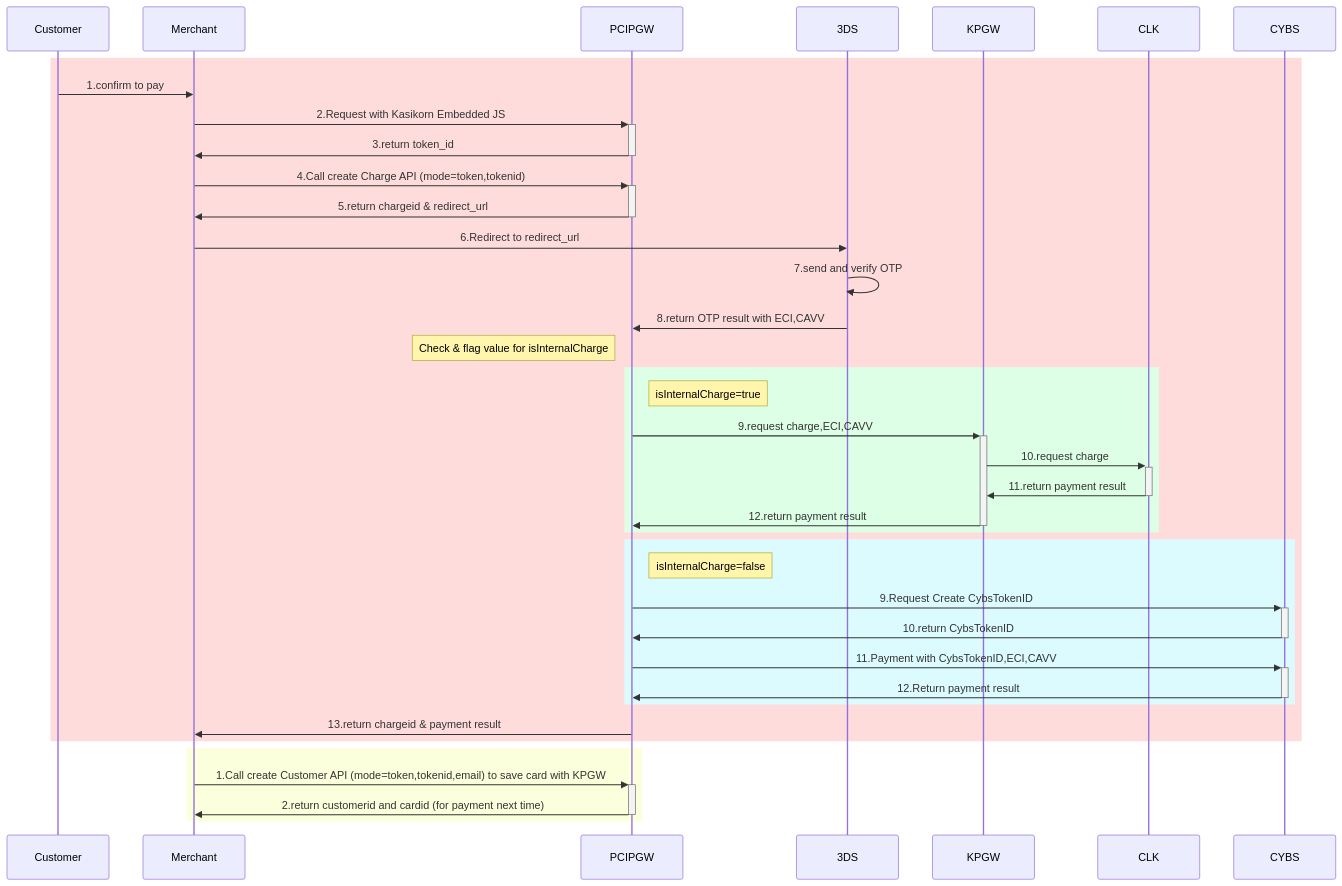
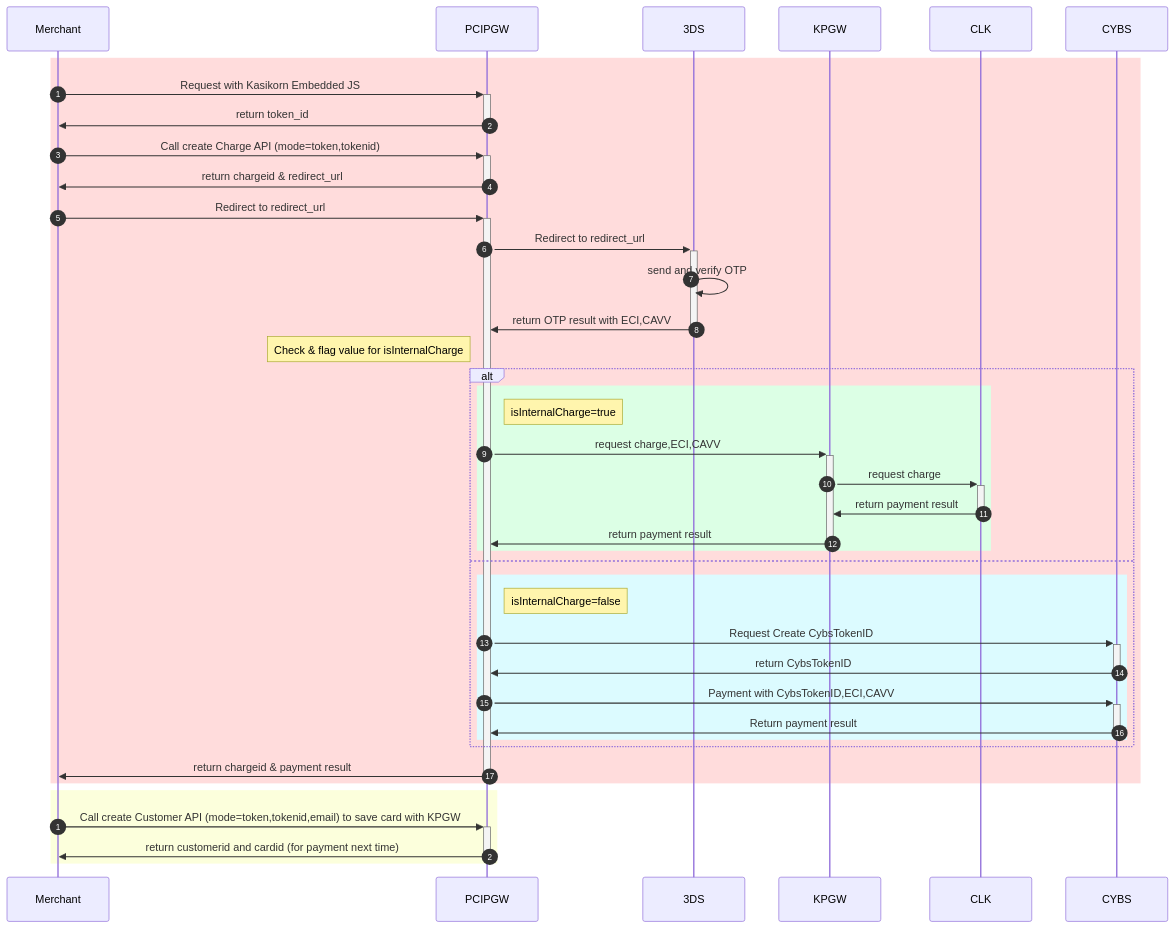
One commit to yuusuke25/MyNotes changed the second of 6 diagrams in Cybs-Ph2-Flow1.md. Above: the diagram before and after it, drawn with Mermaid. The commit also changed other lines of this file, not shown here.

````diff
--- a/Cybs-Ph2-Flow1.md
+++ b/Cybs-Ph2-Flow1.md
@@ -35,40 +37,42 @@
 ```mermaid
     sequenceDiagram
+        autonumber 1
         rect rgb(255, 220, 220)
-            Customer->>Merchant:1.confirm to pay
-            Merchant->>+PCIPGW:2.Request with Kasikorn Embedded JS
-            PCIPGW->>-Merchant:3.return token_id
-            Merchant->>+PCIPGW:4.Call create Charge API (mode=token,tokenid)
-            PCIPGW->>-Merchant:5.return chargeid & redirect_url
+            %% Customer->>Merchant:confirm to pay
+            Merchant->>+PCIPGW:Request with Kasikorn Embedded JS
+            PCIPGW->>-Merchant:return token_id
+            Merchant->>+PCIPGW:Call create Charge API (mode=token,tokenid)
+            PCIPGW->>-Merchant:return chargeid & redirect_url
 
-            Merchant->>3DS:6.Redirect to redirect_url
-            3DS->>3DS:7.send and verify OTP
-            3DS->>PCIPGW:8.return OTP result with ECI,CAVV
+            Merchant->>+PCIPGW:Redirect to redirect_url
+            PCIPGW->>+3DS:Redirect to redirect_url
+            3DS->>3DS:send and verify OTP
+            3DS->>-PCIPGW:return OTP result with ECI,CAVV
 
             Note left of PCIPGW: Check & flag value for isInternalCharge
-
-            rect rgb(220, 255, 229)
-                Note right of PCIPGW: isInternalCharge=true
-                PCIPGW->>+KPGW:9.request charge,ECI,CAVV
-                KPGW->>+CLK:10.request charge
-                CLK->>-KPGW:11.return payment result
-                KPGW->>-PCIPGW:12.return payment result
+            alt
+                rect rgb(220, 255, 229)
+                    Note right of PCIPGW: isInternalCharge=true
+                    PCIPGW->>+KPGW:request charge,ECI,CAVV
+                    KPGW->>+CLK:request charge
+                    CLK->>-KPGW:return payment result
+                    KPGW->>-PCIPGW:return payment result
+                end
+            else
+                rect rgb(220, 251, 255)
+                    Note right of PCIPGW: isInternalCharge=false
+                    PCIPGW->>+CYBS:Request Create CybsTokenID
+                    CYBS->>-PCIPGW:return CybsTokenID
+                    PCIPGW->>+CYBS:Payment with CybsTokenID,ECI,CAVV
+                    CYBS->>-PCIPGW:Return payment result
+                end
             end
-
-            rect rgb(220, 251, 255)
-                Note right of PCIPGW: isInternalCharge=false
-                PCIPGW->>+CYBS:9.Request Create CybsTokenID
-                CYBS->>-PCIPGW:10.return CybsTokenID
-                PCIPGW->>+CYBS:11.Payment with CybsTokenID,ECI,CAVV
-                CYBS->>-PCIPGW:12.Return payment result
-            end
-
-            PCIPGW->>Merchant:13.return chargeid & payment result
+            PCIPGW->>-Merchant:return chargeid & payment result
         end
-        
+        autonumber 1
         rect rgb(252, 255, 220)
-            Merchant->>+PCIPGW:1.Call create Customer API (mode=token,tokenid,email) to save card with KPGW
-            PCIPGW->>-Merchant:2.return customerid and cardid (for payment next time)
+            Merchant->>+PCIPGW:Call create Customer API (mode=token,tokenid,email) to save card with KPGW
+            PCIPGW->>-Merchant:return customerid and cardid (for payment next time)
         end
 
 ```
````
